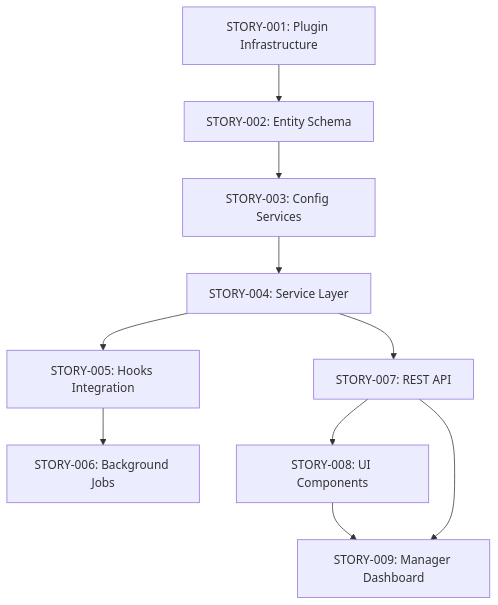
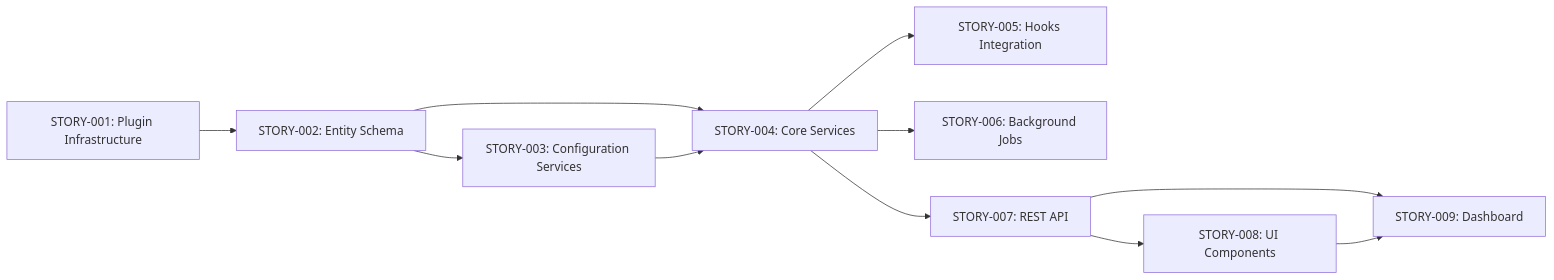
One commit to blitzy-public-samples/blitzy-WebVella-ERP changed the fifth of 5 diagrams in blitzy/documentation/Technical Specifications.md. Above: the diagram before and after it, drawn with Mermaid. The commit also changed other lines of this file, not shown here.

````diff
--- a/blitzy/documentation/Technical Specifications.md
+++ b/blitzy/documentation/Technical Specifications.md
@@ -740,22 +1141,13 @@
 ```mermaid
-graph TD
-    S001[STORY-001: Plugin Infrastructure]
-    S002[STORY-002: Entity Schema]
-    S003[STORY-003: Config Services]
-    S004[STORY-004: Service Layer]
-    S005[STORY-005: Hooks Integration]
-    S006[STORY-006: Background Jobs]
-    S007[STORY-007: REST API]
-    S008[STORY-008: UI Components]
-    S009[STORY-009: Manager Dashboard]
-    
-    S001 --> S002
-    S002 --> S003
-    S003 --> S004
-    S004 --> S005
-    S004 --> S007
-    S005 --> S006
-    S007 --> S008
-    S008 --> S009
-    S007 --> S009
+graph LR
+    S1[STORY-001: Plugin Infrastructure] --> S2[STORY-002: Entity Schema]
+    S2 --> S3[STORY-003: Configuration Services]
+    S2 --> S4[STORY-004: Core Services]
+    S3 --> S4
+    S4 --> S5[STORY-005: Hooks Integration]
+    S4 --> S6[STORY-006: Background Jobs]
+    S4 --> S7[STORY-007: REST API]
+    S7 --> S8[STORY-008: UI Components]
+    S7 --> S9[STORY-009: Dashboard]
+    S8 --> S9
 ```
````
